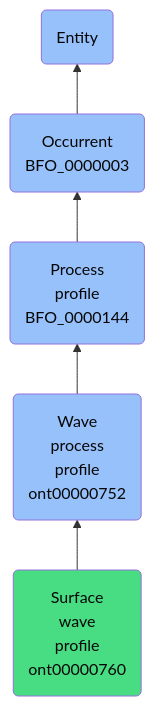
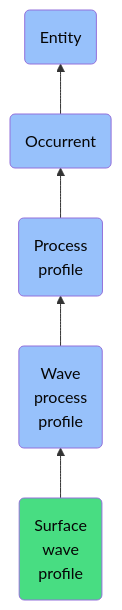
One commit to jupyter-naas/abi changed the diagram in docs/ontology/reference/model/Entity/Occurrent/Process profile/Wave process profile/Surface wave profile/Surface wave profile.md. Above: the diagram before and after it, drawn with Mermaid. The commit also changed other lines of this file and 1430 other files, not shown here.

````diff
--- a/docs/ontology/reference/model/Entity/Occurrent/Process profile/Wave process profile/Surface wave profile/Surface wave profile.md
+++ b/docs/ontology/reference/model/Entity/Occurrent/Process profile/Wave process profile/Surface wave profile/Surface wave profile.md
@@ -24,12 +24,12 @@
 ```mermaid
 graph BT
-    ont00000760(Surface<br>wave<br>profile<br>ont00000760):::ABI-->ont00000752
-    ont00000752(Wave<br>process<br>profile<br>ont00000752):::BFO-->BFO_0000144
-    BFO_0000144(Process<br>profile<br>BFO_0000144):::BFO-->BFO_0000003
-    BFO_0000003(Occurrent<br>BFO_0000003):::BFO-->BFO_0000001
+    ont00000760(Surface<br>wave<br>profile):::ABI-->ont00000752
+    ont00000752(Wave<br>process<br>profile):::BFO-->BFO_0000144
+    BFO_0000144(Process<br>profile):::BFO-->BFO_0000003
+    BFO_0000003(Occurrent):::BFO-->BFO_0000001
     BFO_0000001(Entity):::BFO
     
     classDef BFO fill:#97c1fb,color:#060606
     classDef CCO fill:#e4c51e,color:#060606
     classDef ABI fill:#48DD82,color:#060606
 ```
````
